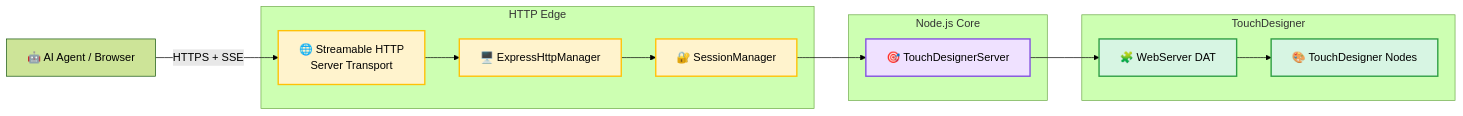
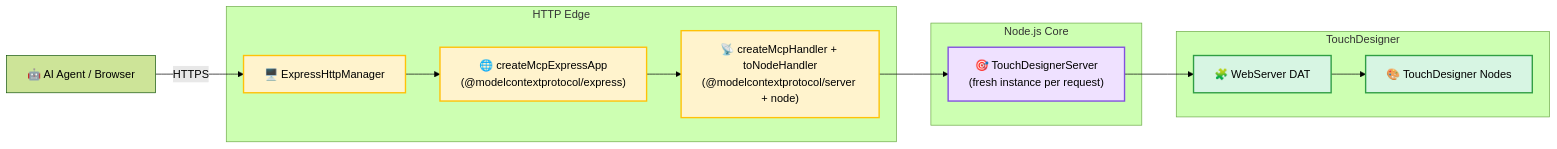
Before and after one commit to 8beeeaaat/touchdesigner-mcp: the fifth of 9 diagrams in docs/architecture.md, drawn with Mermaid (forest theme). The commit also changed other lines of this file and 42 other files, not shown here.

````diff
--- a/docs/architecture.md
+++ b/docs/architecture.md
@@ -212,28 +208,28 @@
 ```mermaid
 flowchart LR
     C["🤖 AI Agent / Browser"]
     subgraph HTTP ["HTTP Edge"]
-        H1["🌐 Streamable HTTP<br/>Server Transport"]
-        H2["🖥️ ExpressHttpManager"]
-        H3["🔐 SessionManager"]
+        H1["🖥️ ExpressHttpManager"]
+        H2["🌐 createMcpExpressApp<br/>(@modelcontextprotocol/express)"]
+        H3["📡 createMcpHandler + toNodeHandler<br/>(@modelcontextprotocol/server + node)"]
     end
 
     subgraph NodeCore ["Node.js Core"]
-        S2["🎯 TouchDesignerServer"]
+        S2["🎯 TouchDesignerServer<br/>(fresh instance per request)"]
     end
 
     subgraph TouchDesigner ["TouchDesigner"]
         W2["🧩 WebServer DAT"]
         P2["🎨 TouchDesigner Nodes"]
     end
 
-    C -->|"HTTPS + SSE"| H1 --> H2 --> H3 --> S2 --> W2 --> P2
+    C -->|"HTTPS"| H1 --> H2 --> H3 --> S2 --> W2 --> P2
 
     classDef transport fill:#fff3cd,stroke:#ffc107,stroke-width:2px
     classDef core fill:#efe1ff,stroke:#8250df,stroke-width:2px
     classDef td fill:#d7f5e3,stroke:#2f9e44,stroke-width:2px
 
     class H1,H2,H3 transport
     class S2 core
     class W2,P2 td
 ```
````
